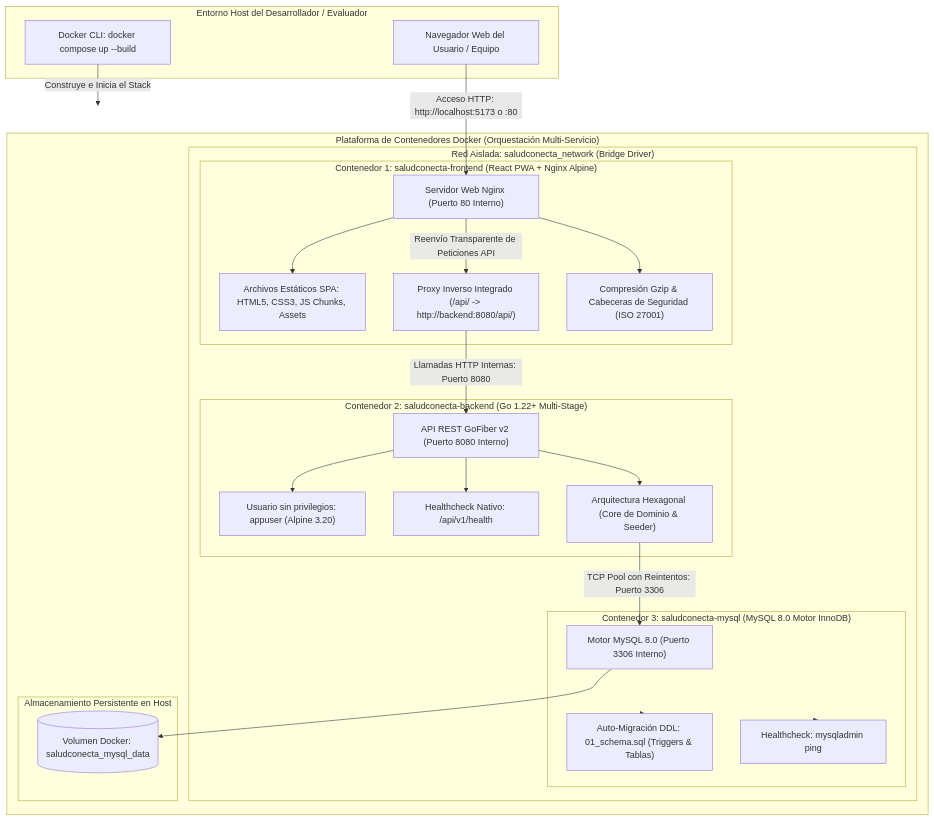
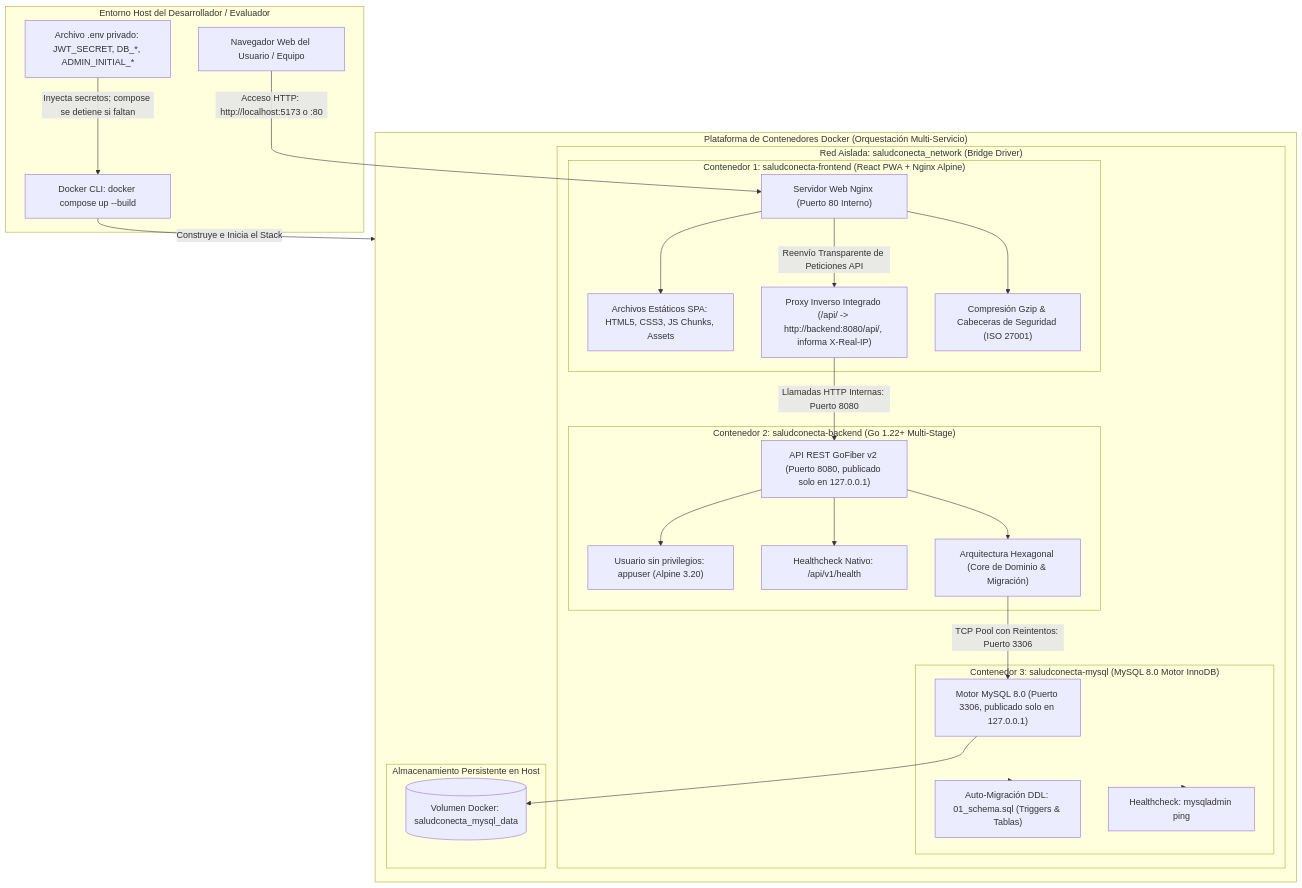
Before and after one commit to ThiagoVelez/Proyecto_felipe: the seventh of 8 diagrams in README.md, drawn with Mermaid. The commit also changed other lines of this file and 39 other files, not shown here.

First line of the commit message:
docs: actualizar readme, documentos tecnicos y diagramas tras la auditoria de seguridad

````diff
--- a/README.md
+++ b/README.md
@@ -732,54 +772,56 @@
 ```mermaid
 flowchart TB
     subgraph HostEnvironment ["Entorno Host del Desarrollador / Evaluador"]
         Developer["Navegador Web del Usuario / Equipo"]
+        EnvFile["Archivo .env privado: JWT_SECRET, DB_*, ADMIN_INITIAL_*"]
         DockerCLI["Docker CLI: docker compose up --build"]
     end
 
     subgraph DockerPlatform ["Plataforma de Contenedores Docker (Orquestación Multi-Servicio)"]
         subgraph NetBridge ["Red Aislada: saludconecta_network (Bridge Driver)"]
 
             subgraph FrontContainer ["Contenedor 1: saludconecta-frontend (React PWA + Nginx Alpine)"]
                 NginxSrv["Servidor Web Nginx (Puerto 80 Interno)"]
                 StaticFiles["Archivos Estáticos SPA: HTML5, CSS3, JS Chunks, Assets"]
-                ReverseProxy["Proxy Inverso Integrado (/api/ -> http://backend:8080/api/)"]
+                ReverseProxy["Proxy Inverso Integrado (/api/ -> http://backend:8080/api/, informa X-Real-IP)"]
                 GzipEngine["Compresión Gzip & Cabeceras de Seguridad (ISO 27001)"]
             end
 
             subgraph BackContainer ["Contenedor 2: saludconecta-backend (Go 1.22+ Multi-Stage)"]
-                GoFiberAPI["API REST GoFiber v2 (Puerto 8080 Interno)"]
+                GoFiberAPI["API REST GoFiber v2 (Puerto 8080, publicado solo en 127.0.0.1)"]
                 AppUser["Usuario sin privilegios: appuser (Alpine 3.20)"]
                 HealthProbe["Healthcheck Nativo: /api/v1/health"]
-                HexEngine["Arquitectura Hexagonal (Core de Dominio & Seeder)"]
+                HexEngine["Arquitectura Hexagonal (Core de Dominio & Migración)"]
             end
 
             subgraph DBContainer ["Contenedor 3: saludconecta-mysql (MySQL 8.0 Motor InnoDB)"]
-                MySQLCore["Motor MySQL 8.0 (Puerto 3306 Interno)"]
+                MySQLCore["Motor MySQL 8.0 (Puerto 3306, publicado solo en 127.0.0.1)"]
                 SchemaInit["Auto-Migración DDL: 01_schema.sql (Triggers & Tablas)"]
                 MySQLHealth["Healthcheck: mysqladmin ping"]
             end
 
         end
 
         subgraph PersistentVolumes ["Almacenamiento Persistente en Host"]
             VolMySQL[("Volumen Docker: saludconecta_mysql_data")]
         end
     end
 
     Developer -->|Acceso HTTP: http://localhost:5173 o :80| NginxSrv
+    EnvFile -->|Inyecta secretos; compose se detiene si faltan| DockerCLI
     DockerCLI -->|Construye e Inicia el Stack| DockerPlatform
 
     NginxSrv --> StaticFiles
     NginxSrv --> GzipEngine
     NginxSrv -->|Reenvío Transparente de Peticiones API| ReverseProxy
     ReverseProxy -->|Llamadas HTTP Internas: Puerto 8080| GoFiberAPI
 
     GoFiberAPI --> AppUser
     GoFiberAPI --> HexEngine
     GoFiberAPI --> HealthProbe
     HexEngine -->|TCP Pool con Reintentos: Puerto 3306| MySQLCore
 
     DBContainer --> SchemaInit
     DBContainer --> MySQLHealth
     MySQLCore --> VolMySQL
 ```
````
